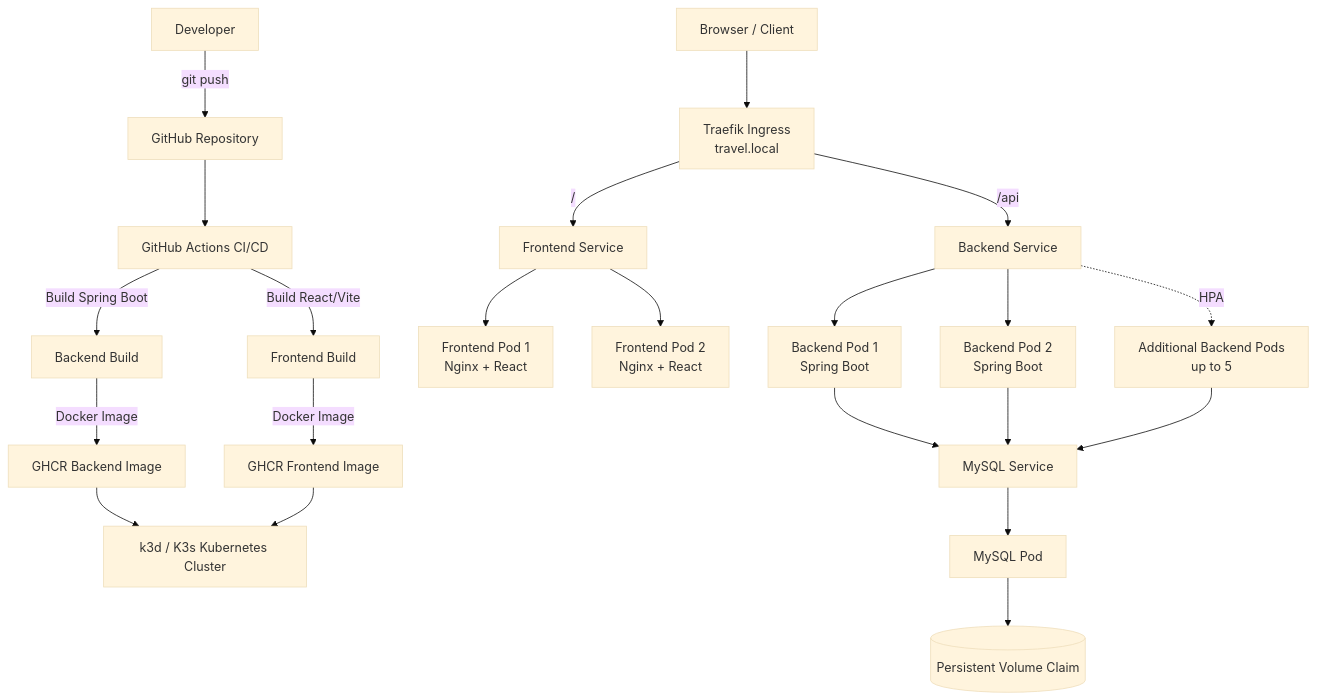
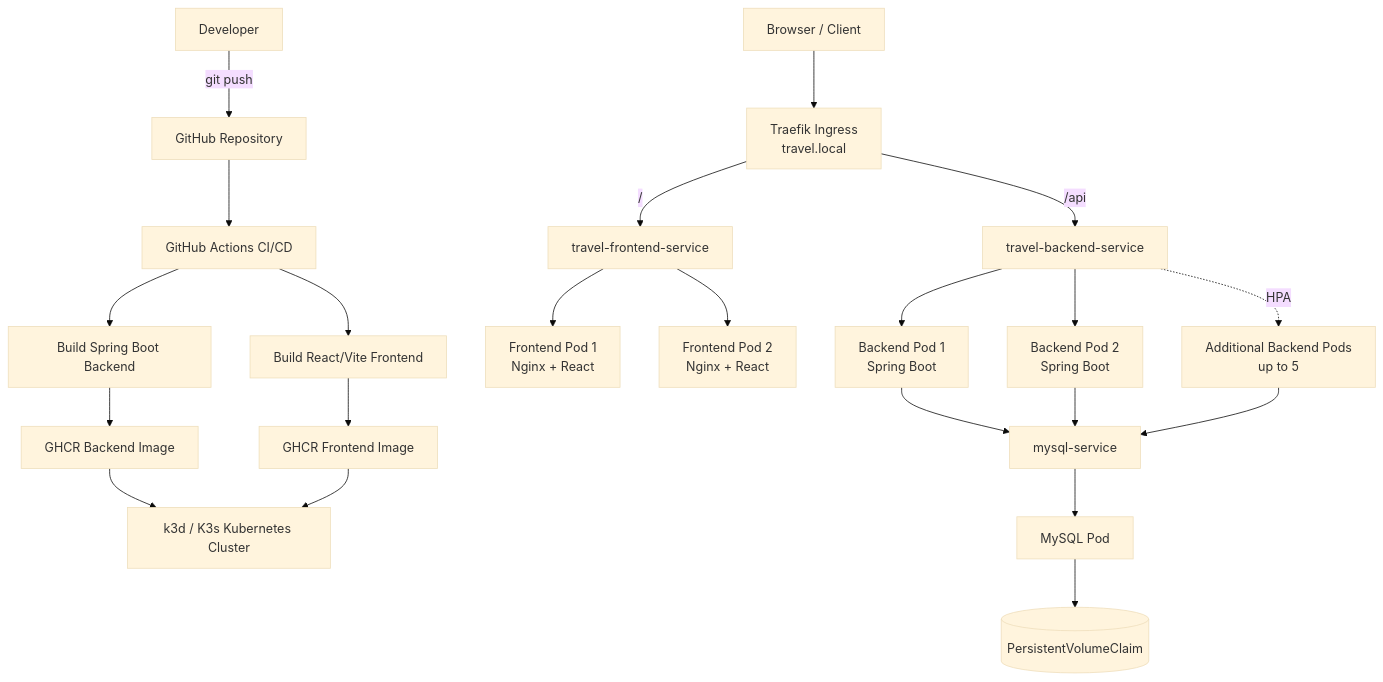
One commit to Induwara09/Travelling_Agency_Web_App changed the diagram in README.md. Above: the diagram before and after it, drawn with Mermaid (base theme). The commit also changed other lines of this file, not shown here.

````diff
--- a/README.md
+++ b/README.md
@@ -156,34 +243,34 @@
 ```mermaid
 flowchart TD
     DEV[Developer] -->|git push| GH[GitHub Repository]
 
     GH --> GHA[GitHub Actions CI/CD]
 
-    GHA -->|Build Spring Boot| BBUILD[Backend Build]
-    GHA -->|Build React/Vite| FBUILD[Frontend Build]
+    GHA --> BBUILD[Build Spring Boot Backend]
+    GHA --> FBUILD[Build React/Vite Frontend]
 
-    BBUILD -->|Docker Image| GHCRB[GHCR Backend Image]
-    FBUILD -->|Docker Image| GHCRF[GHCR Frontend Image]
+    BBUILD --> GHCRB[GHCR Backend Image]
+    FBUILD --> GHCRF[GHCR Frontend Image]
 
     GHCRB --> K8S[k3d / K3s Kubernetes Cluster]
     GHCRF --> K8S
 
     USER[Browser / Client] --> TRAEFIK[Traefik Ingress<br/>travel.local]
 
-    TRAEFIK -->|/| FSVC[Frontend Service]
-    TRAEFIK -->|/api| BSVC[Backend Service]
+    TRAEFIK -->|/| FSVC[travel-frontend-service]
+    TRAEFIK -->|/api| BSVC[travel-backend-service]
 
     FSVC --> F1[Frontend Pod 1<br/>Nginx + React]
     FSVC --> F2[Frontend Pod 2<br/>Nginx + React]
 
     BSVC --> B1[Backend Pod 1<br/>Spring Boot]
     BSVC --> B2[Backend Pod 2<br/>Spring Boot]
-    BSVC -. HPA .-> B3[Additional Backend Pods<br/>up to 5]
+    BSVC -. HPA .-> BN[Additional Backend Pods<br/>up to 5]
 
-    B1 --> MYSQLSVC[MySQL Service]
+    B1 --> MYSQLSVC[mysql-service]
     B2 --> MYSQLSVC
-    B3 --> MYSQLSVC
+    BN --> MYSQLSVC
 
     MYSQLSVC --> MYSQL[MySQL Pod]
-    MYSQL --> PVC[(Persistent Volume Claim)]
+    MYSQL --> PVC[(PersistentVolumeClaim)]
 ```
````
